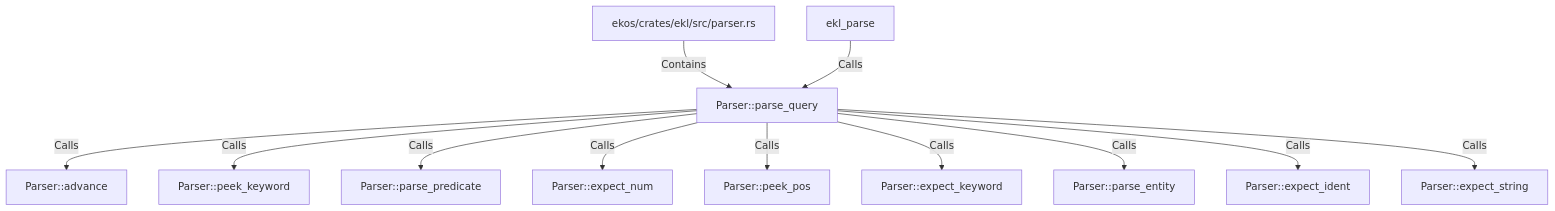
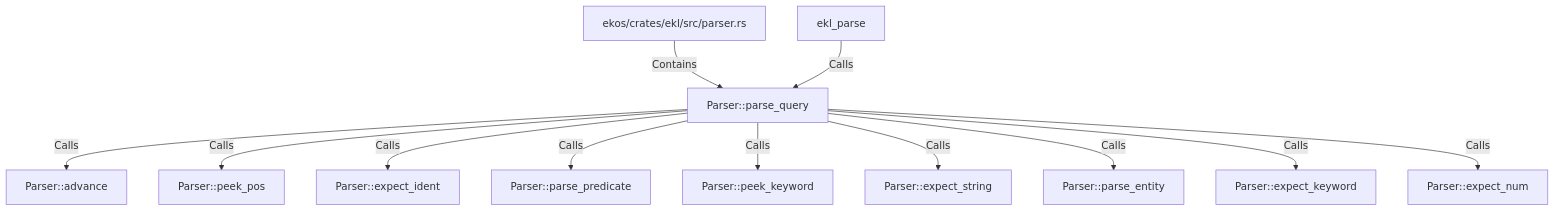
The diagram in doc/entities/rustsymbol/pa/parser-parse-query.md (alexeyban/EKOS), drawn with Mermaid before and after one commit. The commit also changed other lines of this file and 552 other files, not shown here.

````diff
--- a/doc/entities/rustsymbol/pa/parser-parse-query.md
+++ b/doc/entities/rustsymbol/pa/parser-parse-query.md
@@ -30,26 +30,26 @@
 ```mermaid
 graph TD
     n4147b7b99d995be9b91f42752c6f6561["Parser::parse_query"]
     n7eda253187c8504892b2c98483606431["ekos/crates/ekl/src/parser.rs"]
     n7eda253187c8504892b2c98483606431 -->|Contains| n4147b7b99d995be9b91f42752c6f6561
     ncf978e57771f5071bc4190610efbe4cd["Parser::advance"]
     n4147b7b99d995be9b91f42752c6f6561 -->|Calls| ncf978e57771f5071bc4190610efbe4cd
+    ne00f6daf8ff45f419ac9cdab8bb25782["Parser::peek_pos"]
+    n4147b7b99d995be9b91f42752c6f6561 -->|Calls| ne00f6daf8ff45f419ac9cdab8bb25782
+    nb6c351aeb2685230a6df6a4cfd1a8f80["Parser::expect_ident"]
+    n4147b7b99d995be9b91f42752c6f6561 -->|Calls| nb6c351aeb2685230a6df6a4cfd1a8f80
+    n13dfbb5c4862500da859066930201fb1["Parser::parse_predicate"]
+    n4147b7b99d995be9b91f42752c6f6561 -->|Calls| n13dfbb5c4862500da859066930201fb1
     n6928e6e624c55c5b97dc65a658626c42["Parser::peek_keyword"]
     n4147b7b99d995be9b91f42752c6f6561 -->|Calls| n6928e6e624c55c5b97dc65a658626c42
-    n13dfbb5c4862500da859066930201fb1["Parser::parse_predicate"]
-    n4147b7b99d995be9b91f42752c6f6561 -->|Calls| n13dfbb5c4862500da859066930201fb1
+    n6e72e754f9b756b0acdf067abda4af8a["Parser::expect_string"]
+    n4147b7b99d995be9b91f42752c6f6561 -->|Calls| n6e72e754f9b756b0acdf067abda4af8a
+    na27888f16c0b53eda4a8c95d9fd15c0d["Parser::parse_entity"]
+    n4147b7b99d995be9b91f42752c6f6561 -->|Calls| na27888f16c0b53eda4a8c95d9fd15c0d
+    n251e54ef3f2859549014ee9ae388c8ba["Parser::expect_keyword"]
+    n4147b7b99d995be9b91f42752c6f6561 -->|Calls| n251e54ef3f2859549014ee9ae388c8ba
     ncff299bab65d511392a4a72f46de71a1["Parser::expect_num"]
     n4147b7b99d995be9b91f42752c6f6561 -->|Calls| ncff299bab65d511392a4a72f46de71a1
-    ne00f6daf8ff45f419ac9cdab8bb25782["Parser::peek_pos"]
-    n4147b7b99d995be9b91f42752c6f6561 -->|Calls| ne00f6daf8ff45f419ac9cdab8bb25782
-    n251e54ef3f2859549014ee9ae388c8ba["Parser::expect_keyword"]
-    n4147b7b99d995be9b91f42752c6f6561 -->|Calls| n251e54ef3f2859549014ee9ae388c8ba
-    na27888f16c0b53eda4a8c95d9fd15c0d["Parser::parse_entity"]
-    n4147b7b99d995be9b91f42752c6f6561 -->|Calls| na27888f16c0b53eda4a8c95d9fd15c0d
-    nb6c351aeb2685230a6df6a4cfd1a8f80["Parser::expect_ident"]
-    n4147b7b99d995be9b91f42752c6f6561 -->|Calls| nb6c351aeb2685230a6df6a4cfd1a8f80
-    n6e72e754f9b756b0acdf067abda4af8a["Parser::expect_string"]
-    n4147b7b99d995be9b91f42752c6f6561 -->|Calls| n6e72e754f9b756b0acdf067abda4af8a
     n590311ca281e528aae356f89aceae476["ekl_parse"]
     n590311ca281e528aae356f89aceae476 -->|Calls| n4147b7b99d995be9b91f42752c6f6561
 ```
````
